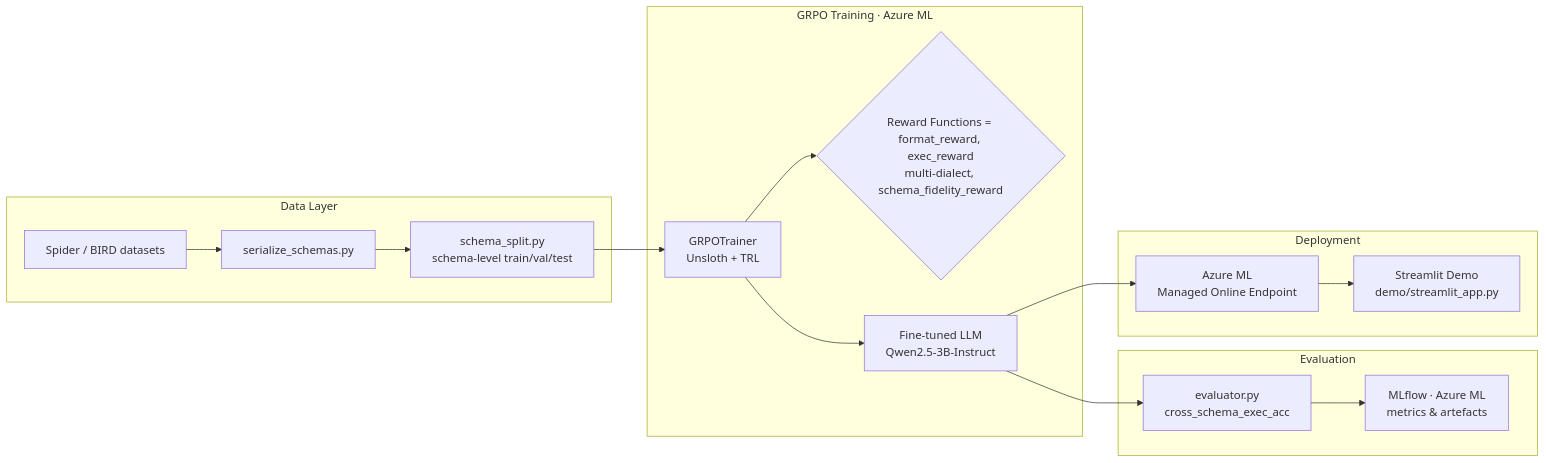
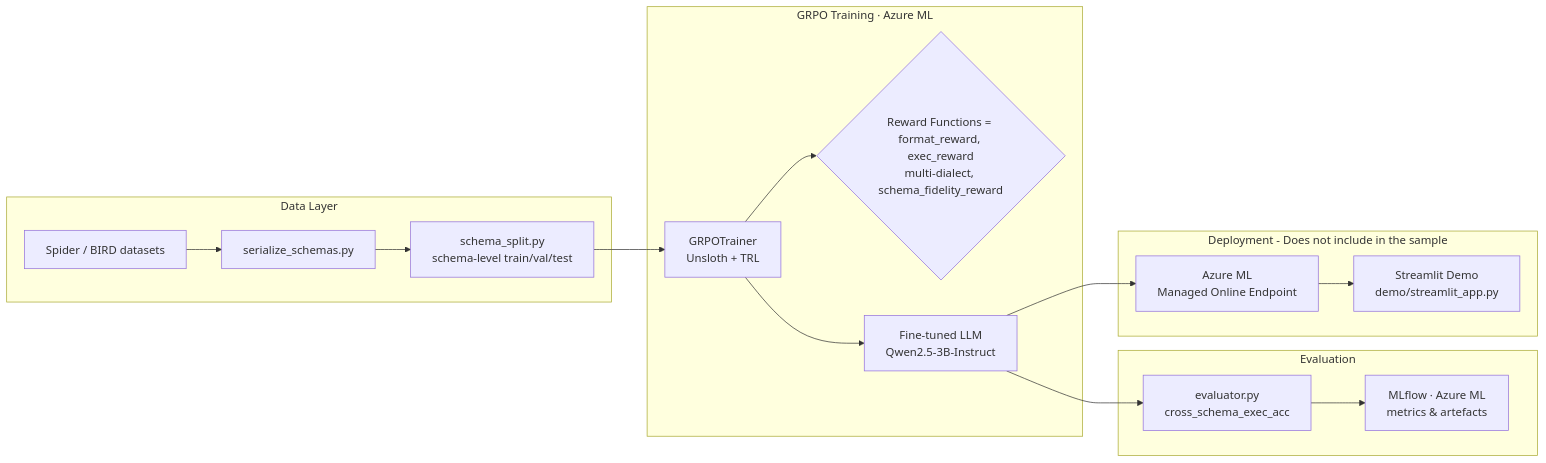
Before and after one commit to sriksmachi/text2sql-slm-finetuning-grpo: the diagram in README.md, drawn with Mermaid. The commit also changed other lines of this file and 13 other files, not shown here.

````diff
--- a/README.md
+++ b/README.md
@@ -12,23 +12,23 @@
 ```mermaid
 flowchart LR
     subgraph Data["Data Layer"]
         A[Spider / BIRD datasets] --> B[serialize_schemas.py]
         B --> D[schema_split.py\nschema-level train/val/test]
     end
 
     subgraph Training["GRPO Training  · Azure ML"]
         D --> E[GRPOTrainer\nUnsloth + TRL]
         E --> F{Reward Functions = format_reward, exec_reward\nmulti-dialect, schema_fidelity_reward}
         E --> J[Fine-tuned LLM\nQwen2.5-3B-Instruct]
     end
 
     subgraph Eval["Evaluation"]
         J --> K[evaluator.py\ncross_schema_exec_acc]
         K --> L[MLflow · Azure ML\nmetrics & artefacts]
     end
 
-    subgraph Deploy["Deployment"]
+    subgraph Deploy["Deployment - Does not include in the sample"]
         J --> M[Azure ML\nManaged Online Endpoint]
         M --> N[Streamlit Demo\ndemo/streamlit_app.py]
     end
 ```
````
